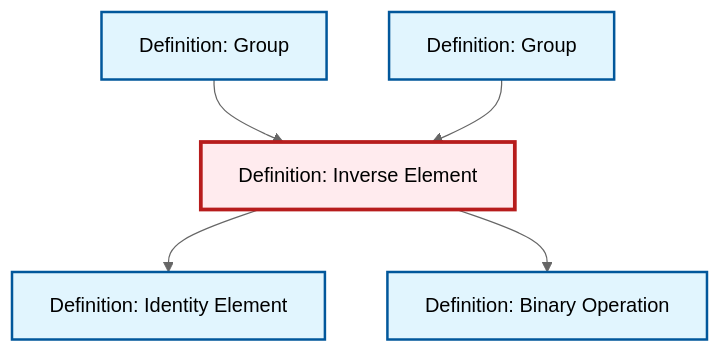
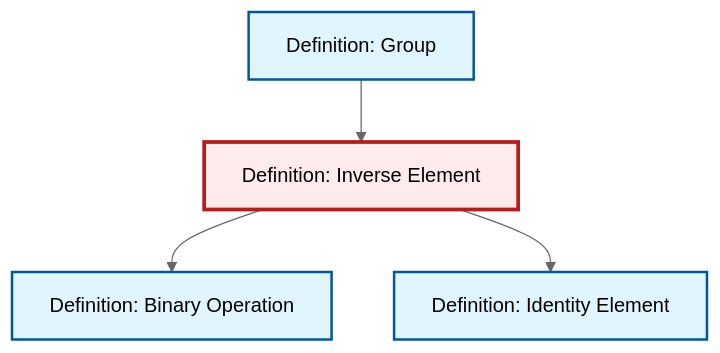
Before and after one commit to RK0429/ModernMath: the diagram in content/en/algebra/def-inverse-element.qmd, drawn with Mermaid (neutral theme). The commit also changed 530 other files, not shown here.

````diff
--- a/content/en/algebra/def-inverse-element.qmd
+++ b/content/en/algebra/def-inverse-element.qmd
@@ -83,23 +83,20 @@
 ```{mermaid}
 %%| fig-cap: "Local dependency graph"
 graph TD
     classDef definition fill:#e1f5fe,stroke:#01579b,stroke-width:2px
     classDef theorem fill:#f3e5f5,stroke:#4a148c,stroke-width:2px
     classDef axiom fill:#fff3e0,stroke:#e65100,stroke-width:2px
     classDef example fill:#e8f5e9,stroke:#1b5e20,stroke-width:2px
     classDef current fill:#ffebee,stroke:#b71c1c,stroke-width:3px
     def-inverse-element["Definition: Inverse Element"]:::definition
+    def-group["Definition: Group"]:::definition
     def-identity-element["Definition: Identity Element"]:::definition
     def-binary-operation["Definition: Binary Operation"]:::definition
-    def-group["Definition: Group"]:::definition
-    def-group-example["Definition: Group"]:::definition
+    def-inverse-element --> def-binary-operation
+    def-inverse-element --> def-identity-element
     def-group --> def-inverse-element
-    def-inverse-element --> def-identity-element
-    def-group-example --> def-inverse-element
-    def-inverse-element --> def-binary-operation
     class def-inverse-element current
+    click def-group "def-group.html" "Go to Group definition"
     click def-identity-element "def-identity-element.html" "Go to Identity Element definition"
     click def-binary-operation "def-binary-operation.html" "Go to Binary Operation definition"
-    click def-group "def-group.html" "Go to Group definition"
-    click def-group-example "def-group-example.html" "Go to Group definition"
 ```
````
